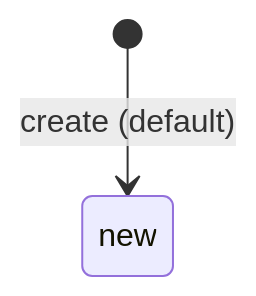
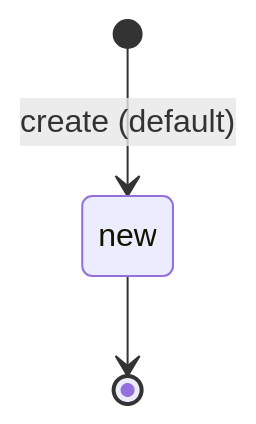
Before and after one commit to klong-dev/IntelliServOps: the tenth of 21 diagrams in documents/state-machine-catalog.md, drawn with Mermaid. The commit also changed other lines of this file and 8 other files, not shown here.

````diff
--- a/documents/state-machine-catalog.md
+++ b/documents/state-machine-catalog.md
@@ -361,4 +373,5 @@
 ```mermaid
 stateDiagram-v2
     [*] --> new: create (default)
+    new --> [*]
 ```
````
